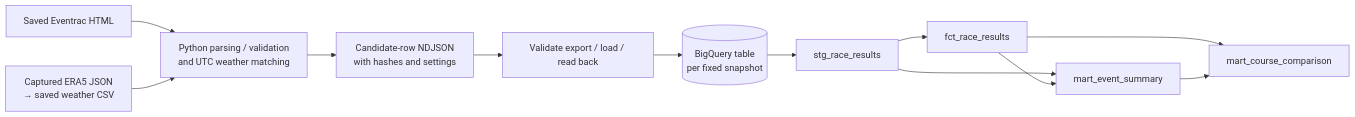
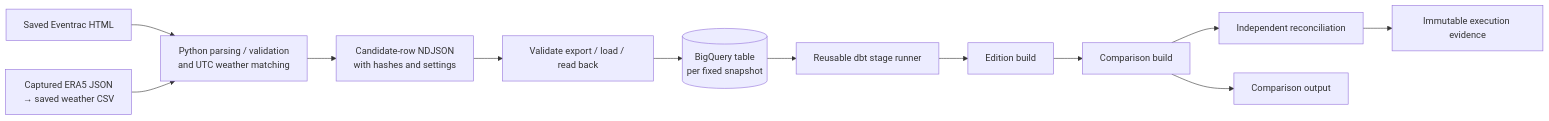
Before and after one commit to mifuha/runwx: the first of 2 diagrams in docs/architecture.md, drawn with Mermaid. The commit also changed other lines of this file and 3 other files, not shown here.

Commit message:
Update dbt cloud stage documentation

````diff
--- a/docs/architecture.md
+++ b/docs/architecture.md
@@ -11,14 +12,14 @@
 ```mermaid
 flowchart LR
     race["Saved Eventrac HTML"] --> python["Python parsing / validation<br/>and UTC weather matching"]
     weather["Captured ERA5 JSON<br/>→ saved weather CSV"] --> python
     python --> export["Candidate-row NDJSON<br/>with hashes and settings"]
     export --> loader["Validate export / load / read back"]
     loader --> source[("BigQuery table<br/>per fixed snapshot")]
-    source --> staging["stg_race_results"]
-    staging --> fact["fct_race_results"]
-    staging --> mart["mart_event_summary"]
-    fact --> mart
-    fact --> comparison["mart_course_comparison"]
-    mart --> comparison
+    source --> runner["Reusable dbt stage runner"]
+    runner --> edition["Edition build"]
+    edition --> comparison["Comparison build"]
+    comparison --> reconciliation["Independent reconciliation"]
+    comparison --> output["Comparison output"]
+    reconciliation --> evidence["Immutable execution evidence"]
 ```
````
